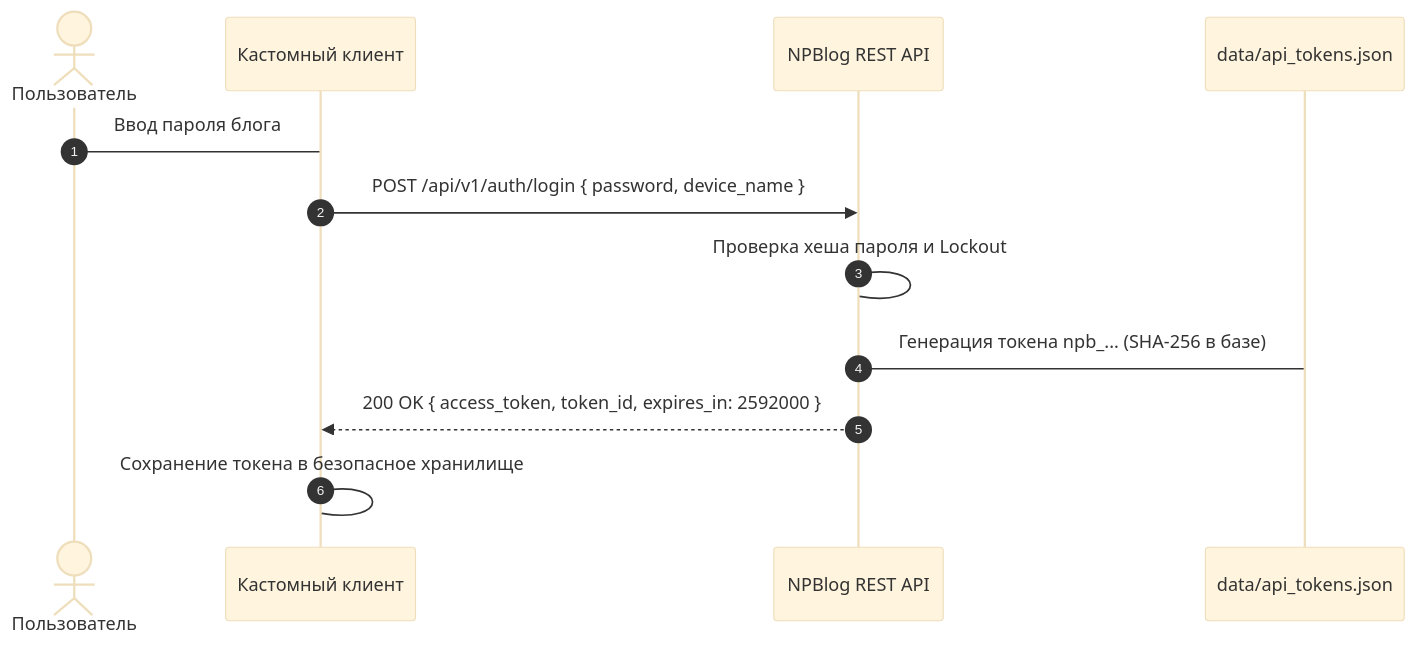
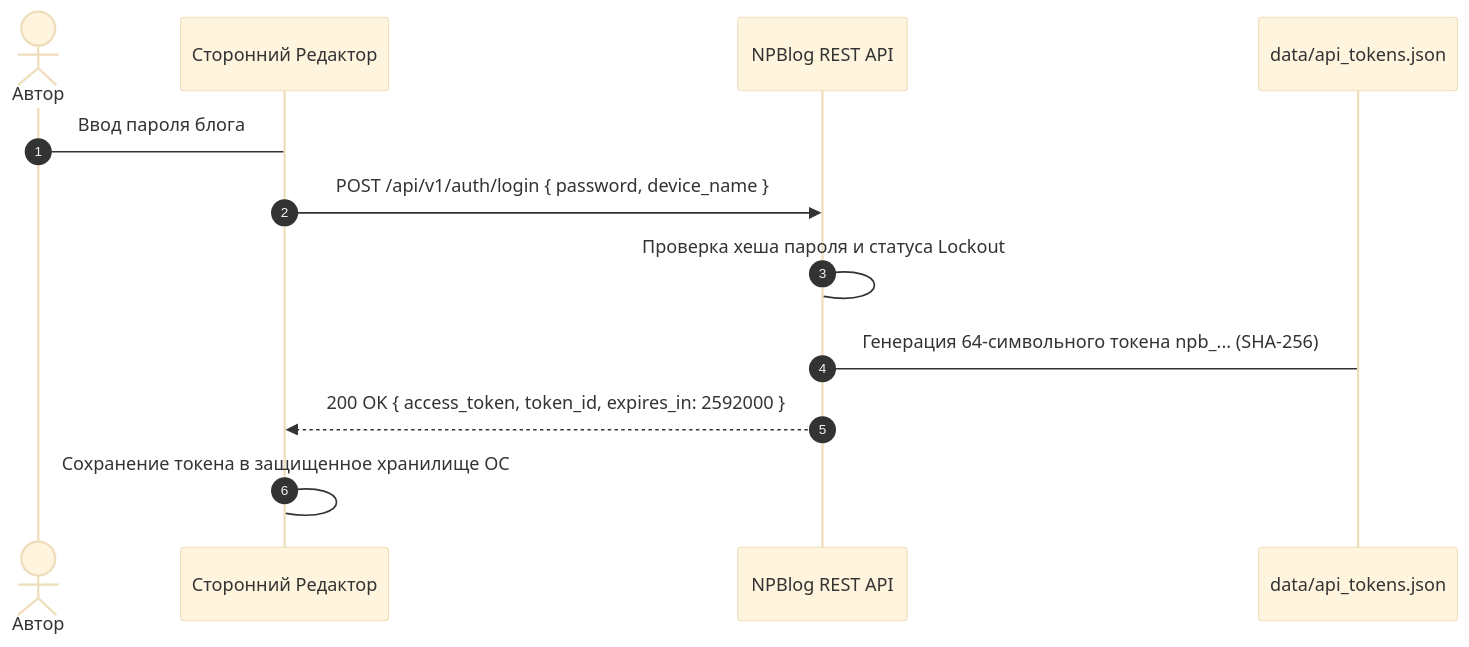
One commit to slavaraninco-lgtm/NPBlog changed the diagram in CUSTOM_CLIENT_GUIDE.md. Above: the diagram before and after it, drawn with Mermaid (base theme). The commit also changed other lines of this file and 8 other files, not shown here.

````diff
--- a/CUSTOM_CLIENT_GUIDE.md
+++ b/CUSTOM_CLIENT_GUIDE.md
@@ -103,15 +112,15 @@
 ```mermaid
 sequenceDiagram
     autonumber
-    actor User as Пользователь
-    participant App as Кастомный клиент
+    actor Author as Автор
+    participant App as Сторонний Редактор
     participant API as NPBlog REST API
-    participant Store as data/api_tokens.json
+    participant DB as data/api_tokens.json
 
-    User->App: Ввод пароля блога
+    Author->App: Ввод пароля блога
     App->>API: POST /api/v1/auth/login { password, device_name }
-    API->API: Проверка хеша пароля и Lockout
-    API->Store: Генерация токена npb_... (SHA-256 в базе)
+    API->API: Проверка хеша пароля и статуса Lockout
+    API->DB: Генерация 64-символьного токена npb_... (SHA-256)
     API-->>App: 200 OK { access_token, token_id, expires_in: 2592000 }
-    App->App: Сохранение токена в безопасное хранилище
+    App->App: Сохранение токена в защищенное хранилище ОС
 ```
````
